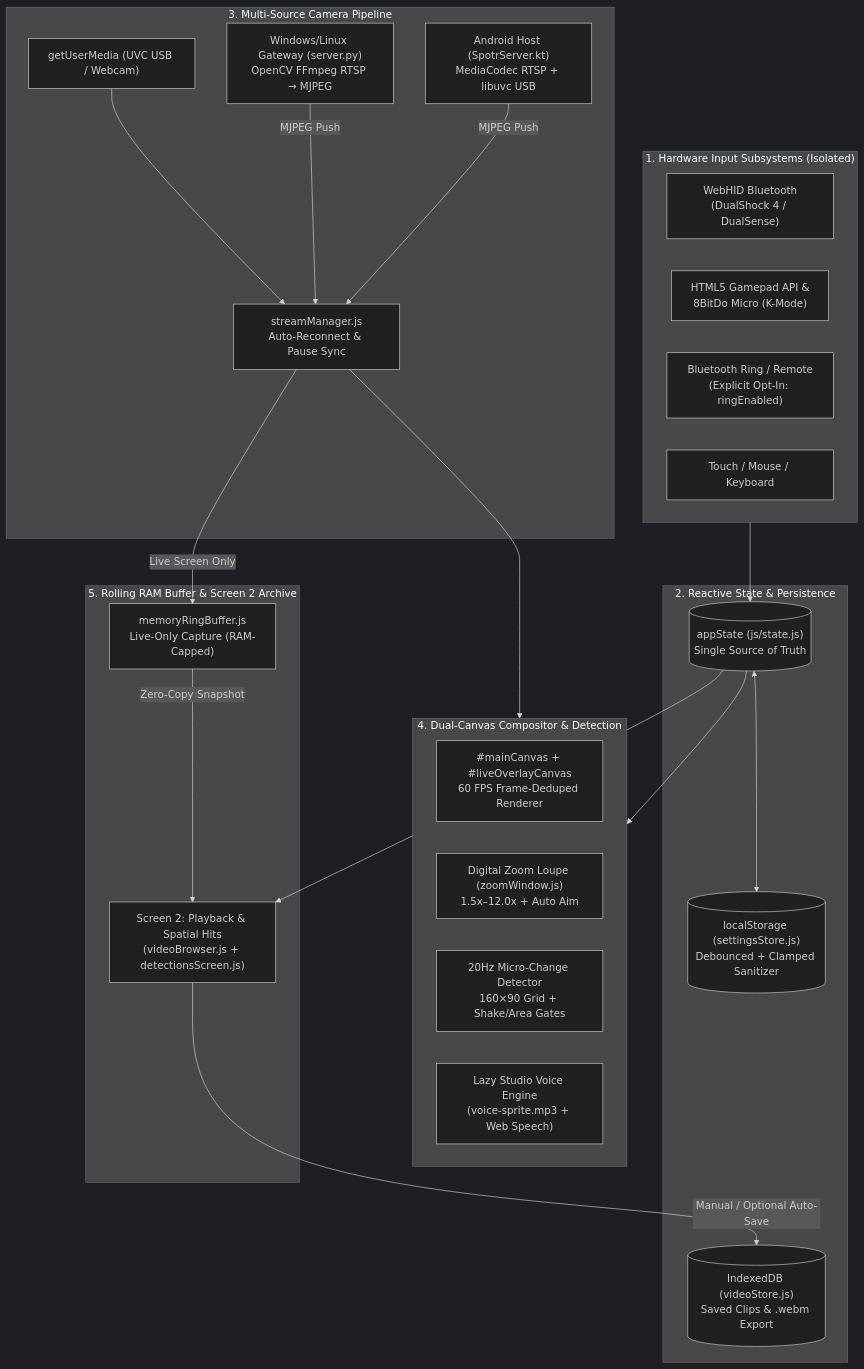
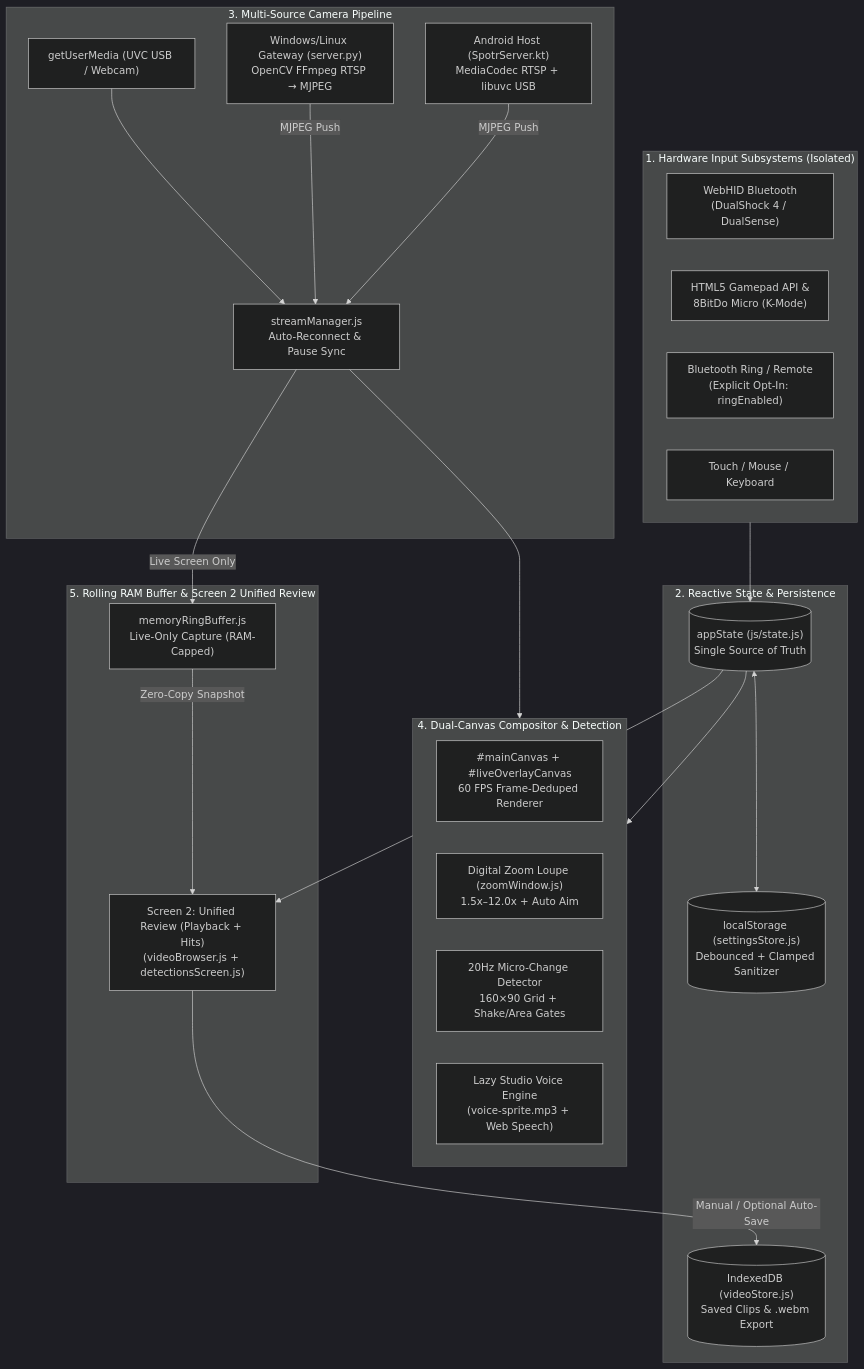
Before and after one commit to animaniac3k/EagleVision: the first of 2 diagrams in docs/ARCHITECTURE.md, drawn with Mermaid (dark theme). The commit also changed other lines of this file and 19 other files, not shown here.

Commit message:
Consolidate Playback and Hits into Unified Review screen (v0.63.0)

````diff
--- a/docs/ARCHITECTURE.md
+++ b/docs/ARCHITECTURE.md
@@ -19,46 +19,46 @@
 ```mermaid
 flowchart TD
     subgraph Inputs["1. Hardware Input Subsystems (Isolated)"]
         BT["WebHID Bluetooth<br/>(DualShock 4 / DualSense)"]
         GP["HTML5 Gamepad API &<br/>8BitDo Micro (K-Mode)"]
         RING["Bluetooth Ring / Remote<br/>(Explicit Opt-In: ringEnabled)"]
         TOUCH["Touch / Mouse / Keyboard"]
     end
 
     subgraph Store["2. Reactive State & Persistence"]
         STATE[("appState (js/state.js)<br/>Single Source of Truth")]
         LOCAL[("localStorage (settingsStore.js)<br/>Debounced + Clamped Sanitizer")]
         IDB[("IndexedDB (videoStore.js)<br/>Saved Clips & .webm Export")]
     end
 
     subgraph Ingestion["3. Multi-Source Camera Pipeline"]
         UVC_WEB["getUserMedia (UVC USB / Webcam)"]
         GW_WIN["Windows/Linux Gateway (server.py)<br/>OpenCV FFmpeg RTSP → MJPEG"]
         GW_AND["Android Host (SpotrServer.kt)<br/>MediaCodec RTSP + libuvc USB"]
         SM["streamManager.js<br/>Auto-Reconnect & Pause Sync"]
     end
 
     subgraph Engine["4. Dual-Canvas Compositor & Detection"]
         MAIN_C["#mainCanvas + #liveOverlayCanvas<br/>60 FPS Frame-Deduped Renderer"]
         PIP["Digital Zoom Loupe (zoomWindow.js)<br/>1.5x–12.0x + Auto Aim"]
         HEAT["20Hz Micro-Change Detector<br/>160×90 Grid + Shake/Area Gates"]
         VOICE["Lazy Studio Voice Engine<br/>(voice-sprite.mp3 + Web Speech)"]
     end
 
-    subgraph Archive["5. Rolling RAM Buffer & Screen 2 Archive"]
+    subgraph Archive["5. Rolling RAM Buffer & Screen 2 Unified Review"]
         RAM["memoryRingBuffer.js<br/>Live-Only Capture (RAM-Capped)"]
-        PLAY["Screen 2: Playback & Spatial Hits<br/>(videoBrowser.js + detectionsScreen.js)"]
+        PLAY["Screen 2: Unified Review (Playback + Hits)<br/>(videoBrowser.js + detectionsScreen.js)"]
     end
 
     Inputs --> STATE
     UVC_WEB --> SM
     GW_WIN -->|MJPEG Push| SM
     GW_AND -->|MJPEG Push| SM
     SM --> Engine
     SM -->|Live Screen Only| RAM
     STATE <--> LOCAL
     STATE --> Engine
     STATE --> PLAY
     RAM -->|Zero-Copy Snapshot| PLAY
     PLAY -->|Manual / Optional Auto-Save| IDB
 ```
````
